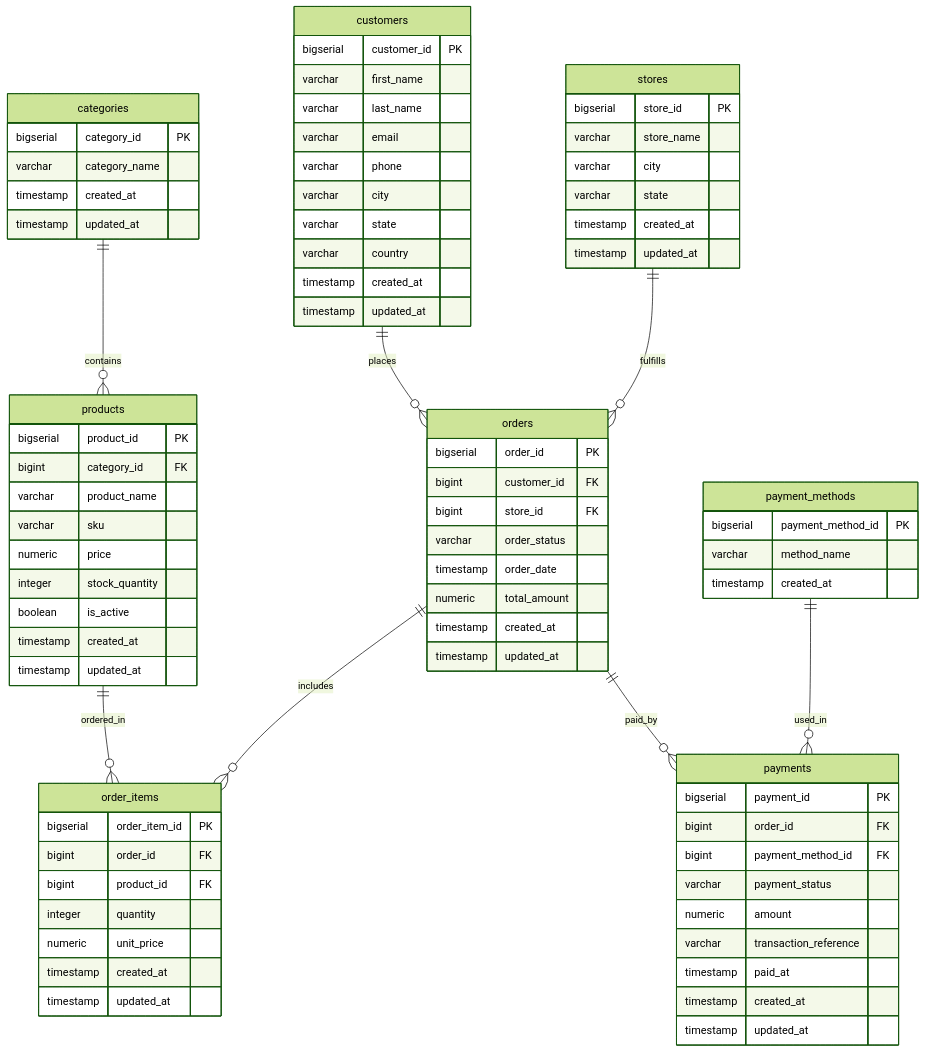
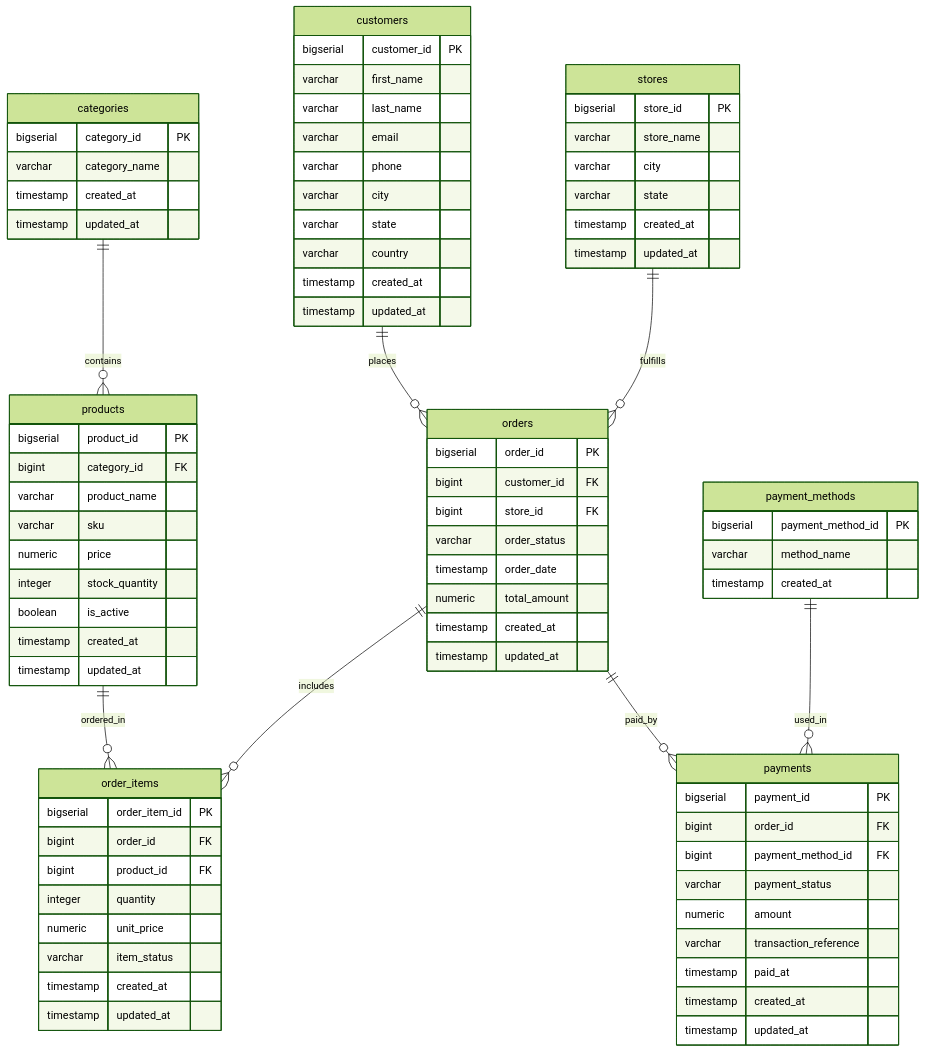
One commit to mukeshkumar-krishnamoorthi/EcomLakehouse changed the second of 2 diagrams in README.md. Above: the diagram before and after it, drawn with Mermaid (forest theme). The commit also changed 4 other files, not shown here.

Commit message:
feat: add item_status to order items and improve incremental ingestion extraction windows

```diff
--- a/README.md
+++ b/README.md
@@ -167,6 +167,7 @@
         bigint product_id FK
         integer quantity
         numeric unit_price
+        varchar item_status
         timestamp created_at
         timestamp updated_at
     }
```
